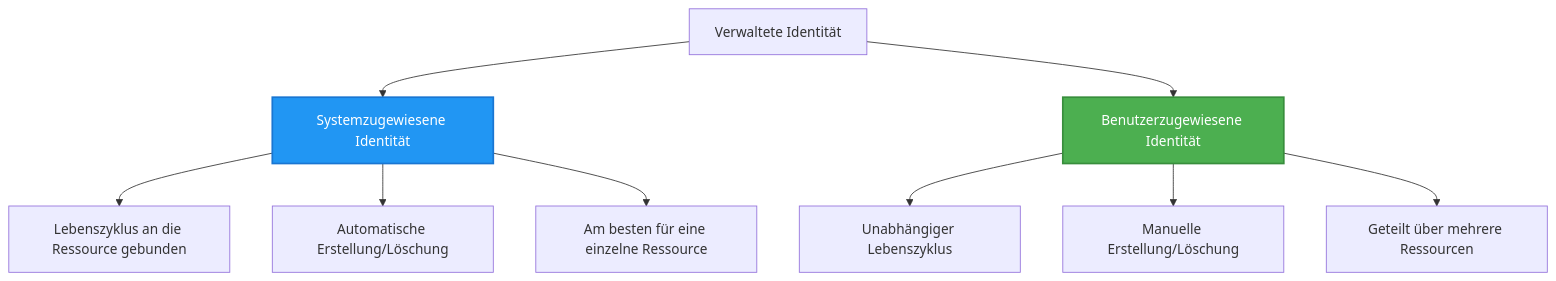
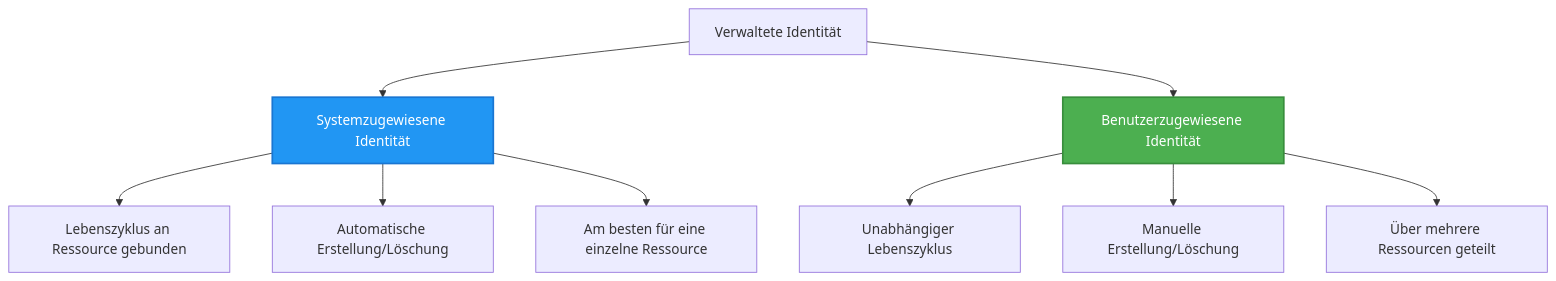
Before and after one commit to microsoft/AZD-for-beginners: the second of 2 diagrams in translations/de/docs/chapter-03-configuration/authsecurity.md, drawn with Mermaid. The commit also changed other lines of this file and 101 other files, not shown here.

````diff
--- a/translations/de/docs/chapter-03-configuration/authsecurity.md
+++ b/translations/de/docs/chapter-03-configuration/authsecurity.md
@@ -97,20 +97,20 @@
 ```mermaid
 graph TB
     MI[Verwaltete Identität]
     SystemAssigned[Systemzugewiesene Identität]
     UserAssigned[Benutzerzugewiesene Identität]
     
     MI --> SystemAssigned
     MI --> UserAssigned
     
-    SystemAssigned --> SA1[Lebenszyklus an die Ressource gebunden]
+    SystemAssigned --> SA1[Lebenszyklus an Ressource gebunden]
     SystemAssigned --> SA2[Automatische Erstellung/Löschung]
     SystemAssigned --> SA3[Am besten für eine einzelne Ressource]
     
     UserAssigned --> UA1[Unabhängiger Lebenszyklus]
     UserAssigned --> UA2[Manuelle Erstellung/Löschung]
-    UserAssigned --> UA3[Geteilt über mehrere Ressourcen]
+    UserAssigned --> UA3[Über mehrere Ressourcen geteilt]
     
     style SystemAssigned fill:#2196F3,stroke:#1976D2,stroke-width:2px,color:#fff
     style UserAssigned fill:#4CAF50,stroke:#388E3C,stroke-width:2px,color:#fff
 ```
````
